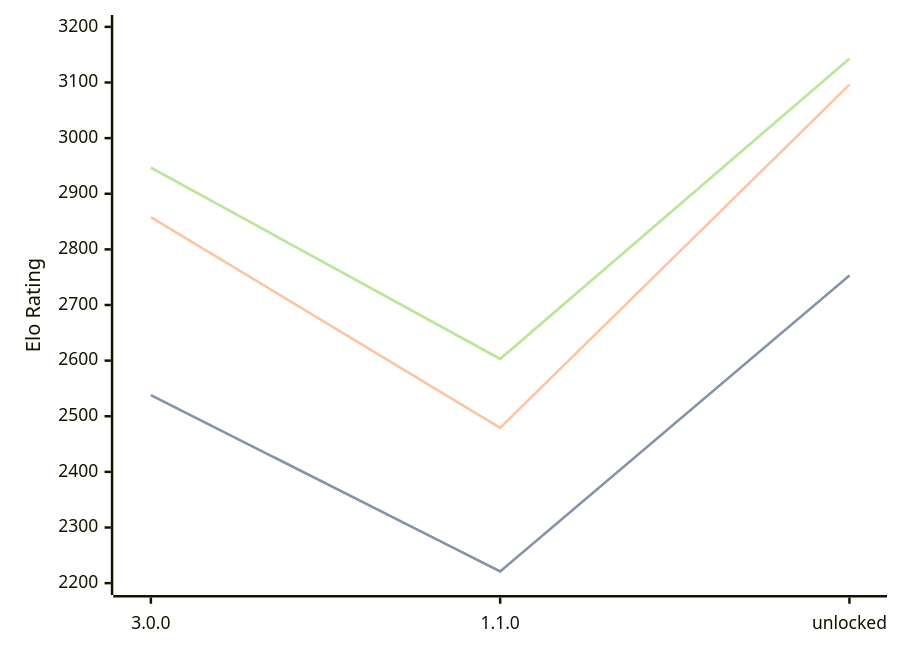
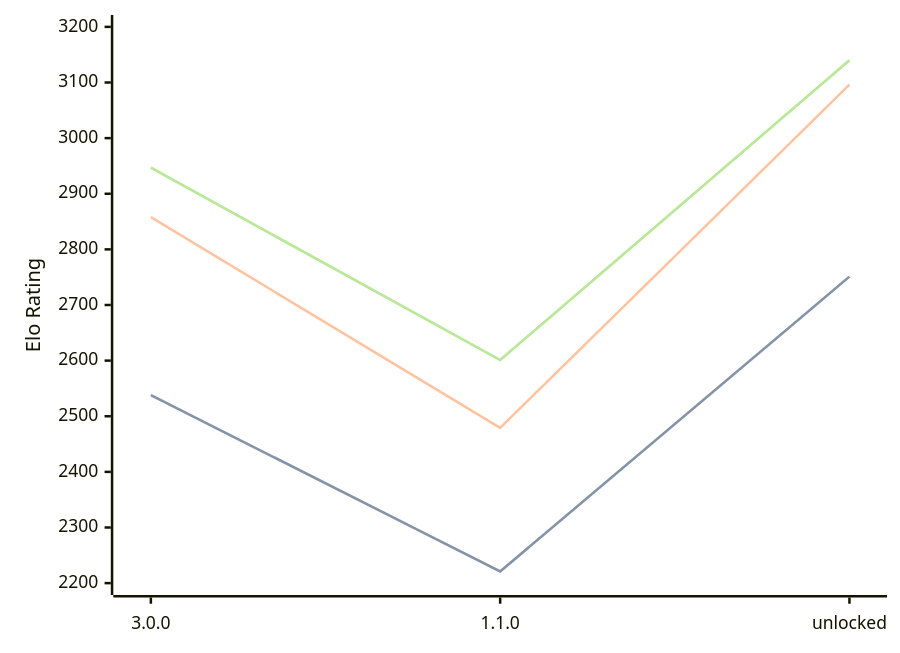
Before and after one commit to computer-chess-index/cci: the diagram in engines/Potential.md, drawn with Mermaid. The commit also changed other lines of this file, not shown here.

Commit message:
Update CCI Ratings (ELO VLTC) - 2026-09-11

````diff
--- a/engines/Potential.md
+++ b/engines/Potential.md
@@ -33,11 +33,11 @@
 ```mermaid
 %%{init: {"theme":"base","themeVariables":{"seriesColors:['#a3a3a3','#222221','#faa371']}}}%%
 xychart-beta
   x-axis ["3.0.0", "1.1.0", "unlocked"]
   y-axis "Elo Rating" 2200 --> 3200
-  line "" [2538, 2221, 2753]
-  line "STC (8.0+0.08s)" [2538, 2221, 2753]
+  line "" [2538, 2221, 2751]
+  line "STC (8.0+0.08s)" [2538, 2221, 2751]
   line "LTC (60.0+0.60s)" [2858, 2479, 3096]
-  line "" [2947, 2603, 3143]
-  line "VLTC (2m24s+1.12s)" [2947, 2603, 3143]
+  line "" [2947, 2601, 3140]
+  line "VLTC (2m24s+1.12s)" [2947, 2601, 3140]
 ```
````
